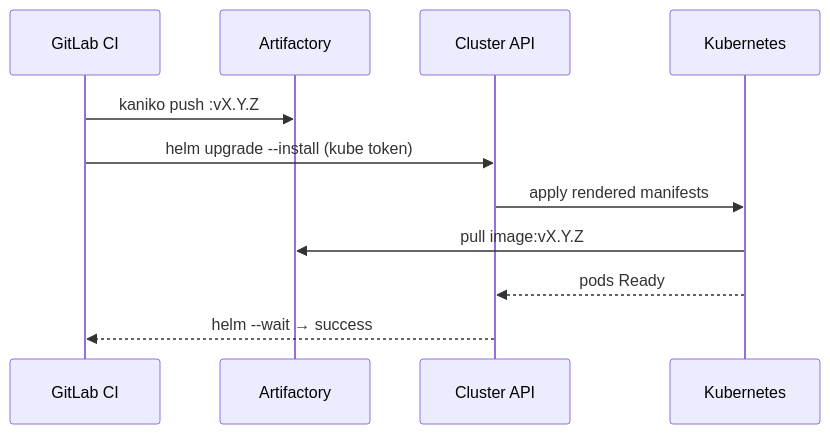
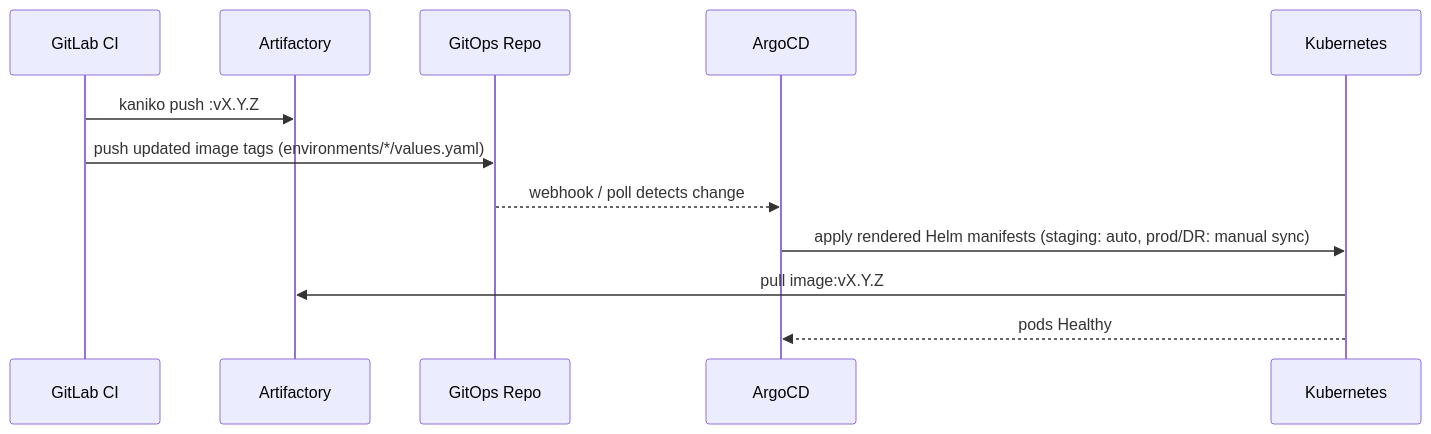
The sixth of 7 diagrams in WORKFLOW.md (idokuli/Zabbix_Portal), drawn with Mermaid before and after one commit. The commit also changed other lines of this file and 186 other files, not shown here.

````diff
--- a/WORKFLOW.md
+++ b/WORKFLOW.md
@@ -274,14 +246,15 @@
 ```mermaid
 sequenceDiagram
     participant CI as GitLab CI
     participant Reg as Artifactory
-    participant Cluster as Cluster API
+    participant GitOps as GitOps Repo
+    participant ArgoCD as ArgoCD
     participant K8s as Kubernetes
 
     CI->>Reg: kaniko push :vX.Y.Z
-    CI->>Cluster: helm upgrade --install (kube token)
-    Cluster->>K8s: apply rendered manifests
+    CI->>GitOps: push updated image tags (environments/*/values.yaml)
+    GitOps-->>ArgoCD: webhook / poll detects change
+    ArgoCD->>K8s: apply rendered Helm manifests (staging: auto, prod/DR: manual sync)
     K8s->>Reg: pull image:vX.Y.Z
-    K8s-->>Cluster: pods Ready
-    Cluster-->>CI: helm --wait → success
+    K8s-->>ArgoCD: pods Healthy
 ```
````
